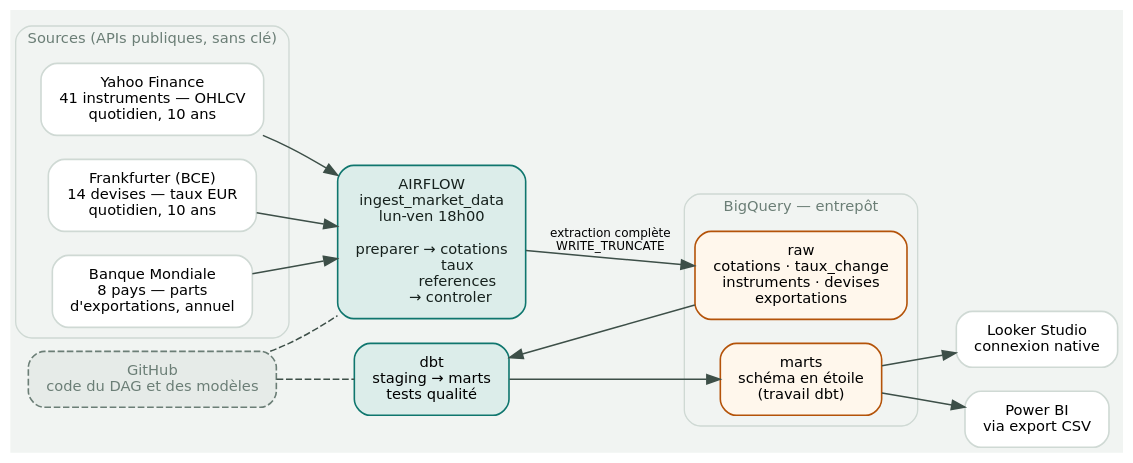
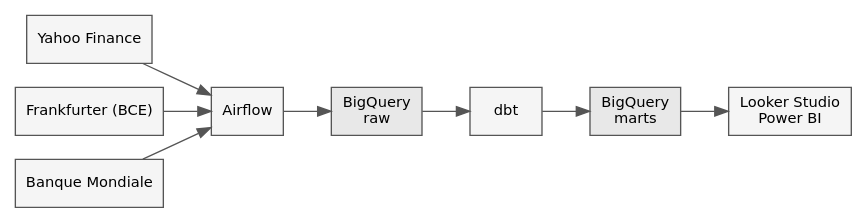
Before and after one commit to Gblack98/mbda-projet2-pipeline: the diagram in docs/archi.dot, drawn with Graphviz. The commit also changed 11 other files, not shown here.

```diff
--- a/docs/archi.dot
+++ b/docs/archi.dot
@@ -1,43 +1,21 @@
 digraph archi {
   rankdir=LR;
-  bgcolor="#F1F4F2";
-  fontname="DejaVu Sans";
-  node [fontname="DejaVu Sans", fontsize=11, shape=box, style="rounded,filled",
-        fillcolor=white, color="#CFD9D4", penwidth=1.2, margin="0.18,0.12"];
-  edge [fontname="DejaVu Sans", fontsize=9, color="#3D4F48", penwidth=1.1];
+  bgcolor="white";
+  node [fontname="DejaVu Sans", fontsize=11, shape=box, style=filled,
+        fillcolor="#F5F5F5", color="#555555"];
+  edge [color="#555555"];
 
-  subgraph cluster_sources {
-    label="Sources (APIs publiques, sans clé)";
-    fontsize=11; fontcolor="#6B7E76"; color="#CFD9D4"; style=rounded;
-    yahoo   [label="Yahoo Finance\n41 instruments — OHLCV\nquotidien, 10 ans"];
-    frank   [label="Frankfurter (BCE)\n14 devises — taux EUR\nquotidien, 10 ans"];
-    wb      [label="Banque Mondiale\n8 pays — parts\nd'exportations, annuel"];
-  }
+  yahoo [label="Yahoo Finance"];
+  frank [label="Frankfurter (BCE)"];
+  wb    [label="Banque Mondiale"];
+  airflow [label="Airflow"];
+  raw   [label="BigQuery\nraw", fillcolor="#E8E8E8"];
+  dbt   [label="dbt"];
+  marts [label="BigQuery\nmarts", fillcolor="#E8E8E8"];
+  bi    [label="Looker Studio\nPower BI"];
 
-  airflow [label="AIRFLOW\ningest_market_data\nlun-ven 18h00\n\npreparer → cotations\n            taux\n            references\n         → controler",
-           fillcolor="#DCEDEA", color="#0F766E", fontcolor="#16211D"];
-
-  subgraph cluster_bq {
-    label="BigQuery — entrepôt";
-    fontsize=11; fontcolor="#6B7E76"; color="#CFD9D4"; style=rounded;
-    raw   [label="raw\ncotations · taux_change\ninstruments · devises\nexportations",
-           fillcolor="#FFF7EC", color="#B45309"];
-    marts [label="marts\nschéma en étoile\n(travail dbt)",
-           fillcolor="#FFF7EC", color="#B45309"];
-  }
-
-  dbt [label="dbt\nstaging → marts\ntests qualité", fillcolor="#DCEDEA", color="#0F766E"];
-
-  looker [label="Looker Studio\nconnexion native"];
-  pbi    [label="Power BI\nvia export CSV"];
-
-  github [label="GitHub\ncode du DAG et des modèles", shape=box, style="rounded,filled,dashed",
-          fillcolor="#E6EBE8", fontcolor="#6B7E76", color="#6B7E76"];
-
-  yahoo -> airflow; frank -> airflow; wb -> airflow;
-  airflow -> raw [label="extraction complète\nWRITE_TRUNCATE"];
-  raw -> dbt; dbt -> marts;
-  marts -> looker; marts -> pbi;
-  github -> airflow [style=dashed, arrowhead=none];
-  github -> dbt [style=dashed, arrowhead=none];
+  yahoo -> airflow;
+  frank -> airflow;
+  wb -> airflow;
+  airflow -> raw -> dbt -> marts -> bi;
 }
```
